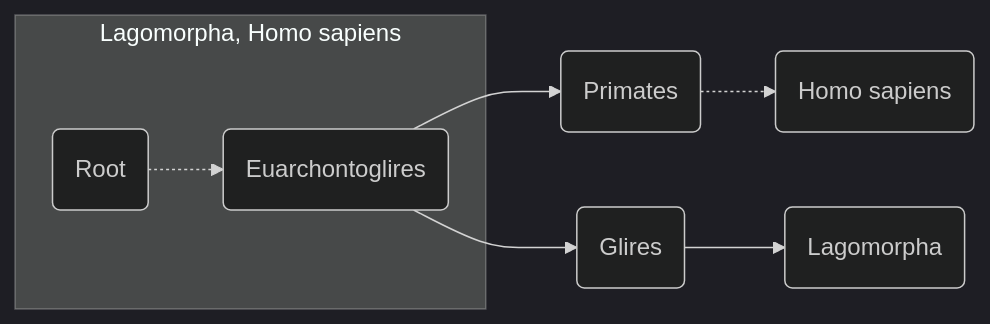
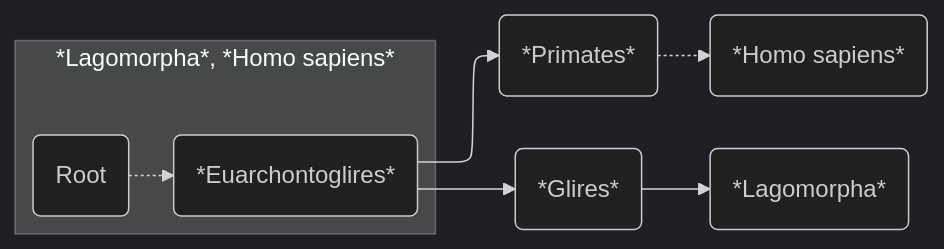
Before and after one commit to apcamargo/taxopy: the first of 3 diagrams in docs/guide.md, drawn with Mermaid (dark theme). The commit also changed other lines of this file and 3 other files, not shown here.

Commit message:
docs: use the ELK layout in diagrams

````diff
--- a/docs/guide.md
+++ b/docs/guide.md
@@ -121,10 +121,14 @@
 ```mermaid
+---
+config:
+  layout: elk
+---
 graph LR
-    subgraph cluster ["Lagomorpha, Homo sapiens"]
-        R(Root) -.-> E(Euarchontoglires)
+    subgraph cluster ["*Lagomorpha*, *Homo sapiens*"]
+        R(Root) -.-> E(*Euarchontoglires*)
     end
-    E --> P(Primates)
-    P -.-> H(Homo sapiens)
-    E --> G(Glires)
-    G --> L(Lagomorpha)
+    E --> P(*Primates*)
+    P -.-> H(*Homo sapiens*)
+    E --> G(*Glires*)
+    G --> L(*Lagomorpha*)
 ```
````
